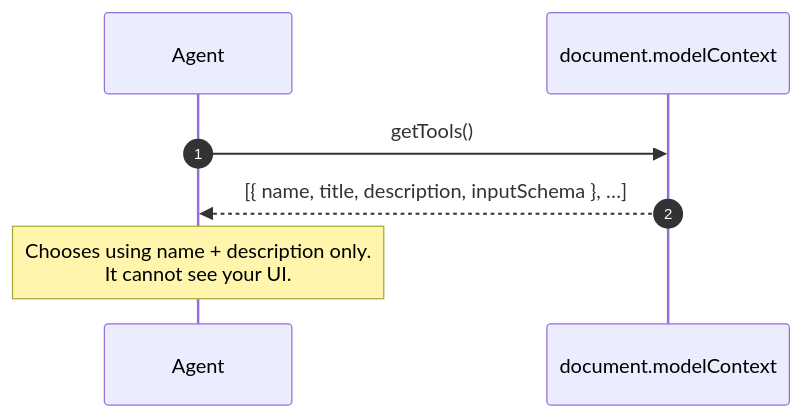
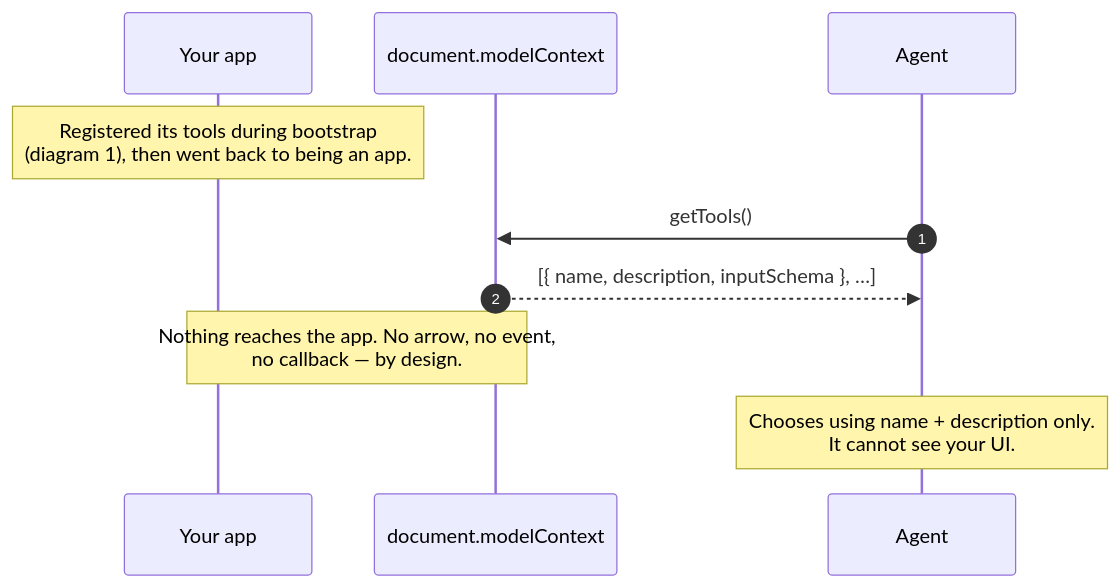
Before and after one commit to hasan1985/webmcp-angular: the second of 10 diagrams in docs/architecture/07-lifecycle-sequence.md, drawn with Mermaid. The commit also changed other lines of this file and 1 other file, not shown here.

````diff
--- a/docs/architecture/07-lifecycle-sequence.md
+++ b/docs/architecture/07-lifecycle-sequence.md
@@ -60,10 +62,15 @@
 ```mermaid
 sequenceDiagram
     autonumber
+    participant App as Your app
+    participant MC as document.modelContext
     participant Agent
-    participant MC as document.modelContext
+
+    Note over App: Registered its tools during bootstrap<br/>(diagram 1), then went back to being an app.
 
     Agent->>MC: getTools()
-    MC-->>Agent: [{ name, title, description, inputSchema }, …]
+    MC-->>Agent: [{ name, description, inputSchema }, …]
+
+    Note over App,MC: Nothing reaches the app. No arrow, no event,<br/>no callback — by design.
     Note over Agent: Chooses using name + description only.<br/>It cannot see your UI.
 ```
````
